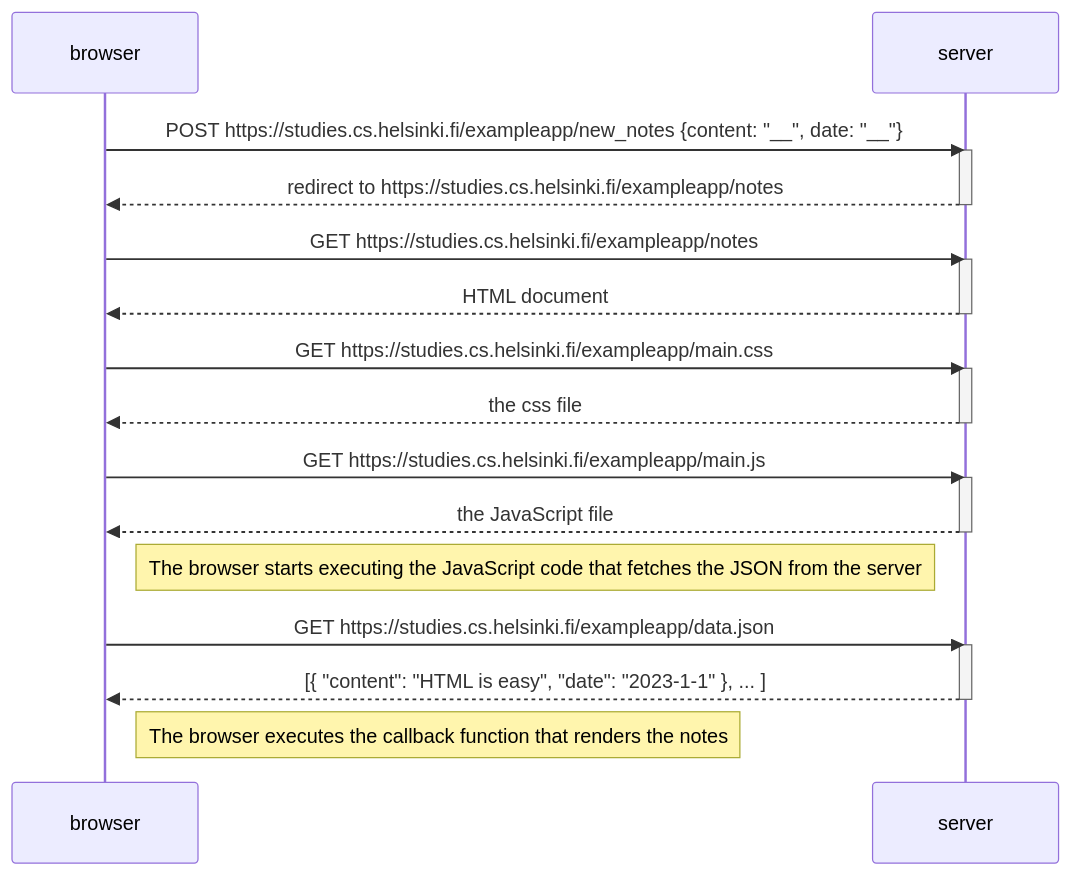
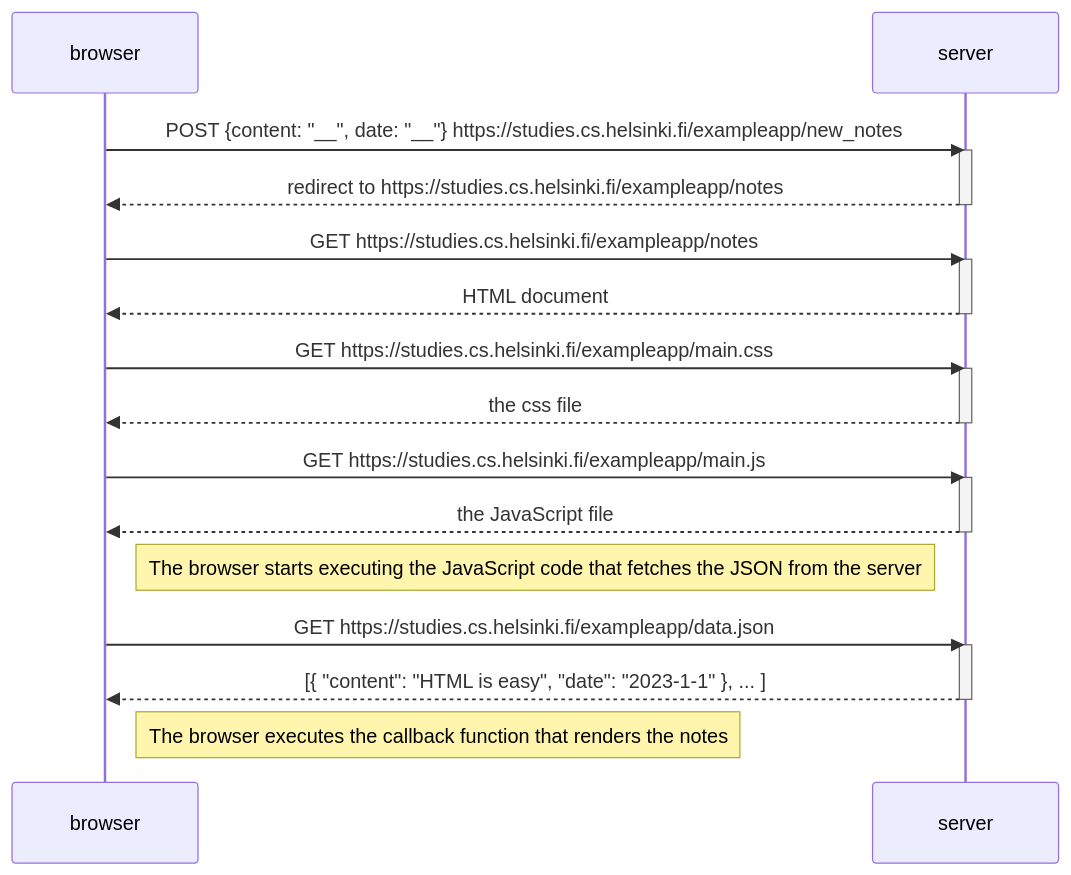
Before and after one commit to MattMunoz/Full-Stack-Helsinki: the diagram in part 0/0_4.md, drawn with Mermaid.

````diff
--- a/part 0/0_4.md
+++ b/part 0/0_4.md
@@ -1,34 +1,34 @@
 ```mermaid
 sequenceDiagram
     participant browser
     participant server
 
-    browser->>server: POST https://studies.cs.helsinki.fi/exampleapp/new_notes {content: "__", date: "__"}
+    browser->>server: POST {content: "__", date: "__"} https://studies.cs.helsinki.fi/exampleapp/new_notes
     activate server
     server-->>browser: redirect to https://studies.cs.helsinki.fi/exampleapp/notes
     deactivate server
 
     browser->>server: GET https://studies.cs.helsinki.fi/exampleapp/notes
     activate server
     server-->>browser: HTML document
     deactivate server
 
     browser->>server: GET https://studies.cs.helsinki.fi/exampleapp/main.css
     activate server
     server-->>browser: the css file
     deactivate server
 
     browser->>server: GET https://studies.cs.helsinki.fi/exampleapp/main.js
     activate server
     server-->>browser: the JavaScript file
     deactivate server
 
     Note right of browser: The browser starts executing the JavaScript code that fetches the JSON from the server
 
     browser->>server: GET https://studies.cs.helsinki.fi/exampleapp/data.json
     activate server
     server-->>browser: [{ "content": "HTML is easy", "date": "2023-1-1" }, ... ]
     deactivate server
 
     Note right of browser: The browser executes the callback function that renders the notes
 ```
````
